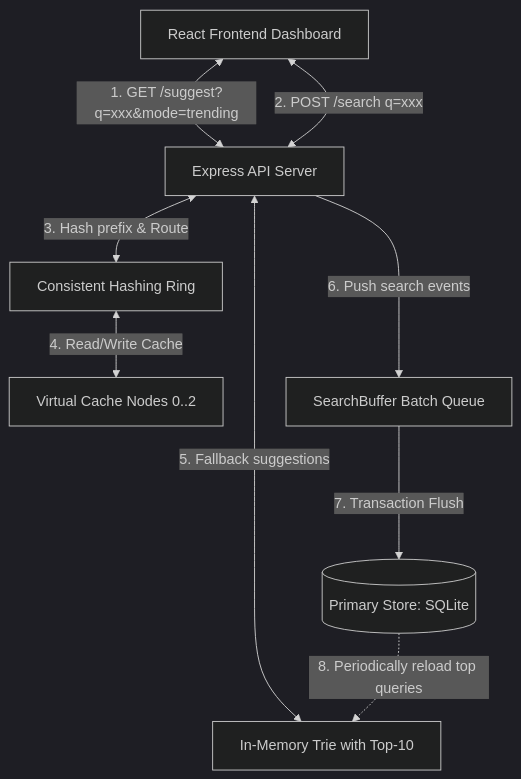
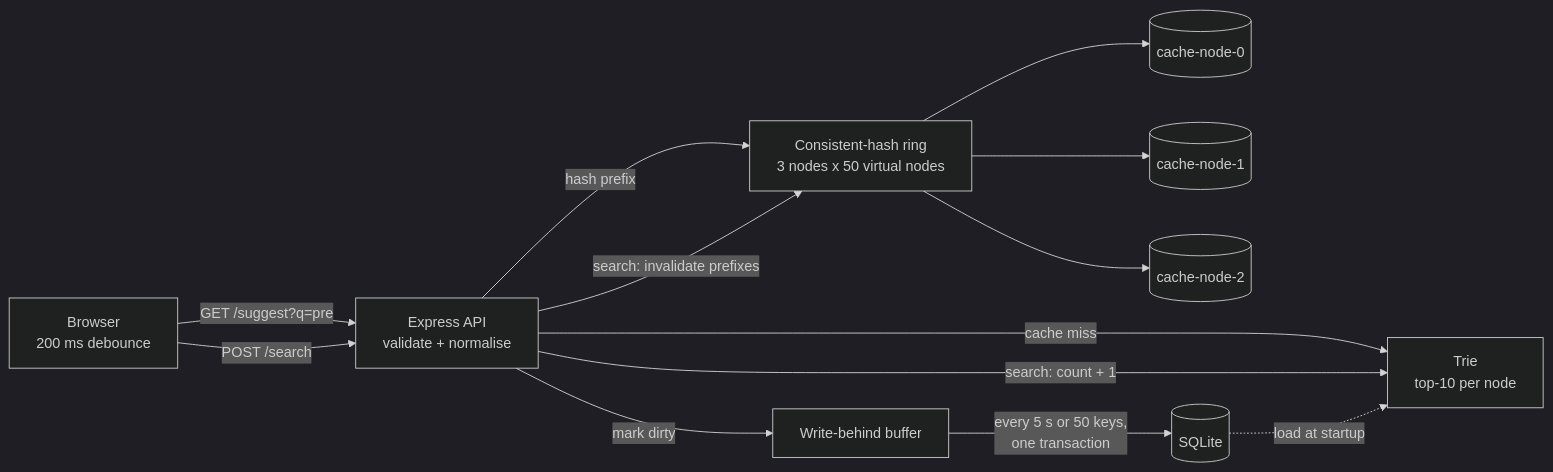
The diagram in README.md (swarnika-cmd/SearchTypeahead), drawn with Mermaid (dark theme) before and after one commit. The commit also changed other lines of this file, not shown here.

First line of the commit message:
docs: rewrite README with architecture, trade-offs and API reference

````diff
--- a/README.md
+++ b/README.md
@@ -21,14 +29,15 @@
 ```mermaid
-graph TD
-    Client[React Frontend Dashboard] <--> |1. GET /suggest?q=xxx&mode=trending | API[Express API Server]
-    Client <--> |2. POST /search q=xxx | API
-    
-    API <--> |3. Hash prefix & Route| CH[Consistent Hashing Ring]
-    CH <--> |4. Read/Write Cache| Nodes[Virtual Cache Nodes 0..2]
-    
-    API <--> |5. Fallback suggestions| Trie[In-Memory Trie with Top-10]
-    
-    API ---> |6. Push search events| Queue[SearchBuffer Batch Queue]
-    Queue ---> |7. Transaction Flush | DB[(Primary Store: SQLite)]
-    DB -.-> |8. Periodically reload top queries| Trie
+flowchart LR
+    U[Browser<br/>200 ms debounce] -->|GET /suggest?q=pre| API[Express API<br/>validate + normalise]
+    U -->|POST /search| API
+    API -->|hash prefix| RING[Consistent-hash ring<br/>3 nodes x 50 virtual nodes]
+    RING --> C0[(cache-node-0)]
+    RING --> C1[(cache-node-1)]
+    RING --> C2[(cache-node-2)]
+    API -->|cache miss| TRIE[Trie<br/>top-10 per node]
+    API -->|search: count + 1| TRIE
+    API -->|search: invalidate prefixes| RING
+    API -->|mark dirty| BUF[Write-behind buffer]
+    BUF -->|every 5 s or 50 keys,<br/>one transaction| DB[(SQLite)]
+    DB -.->|load at startup| TRIE
 ```
````
